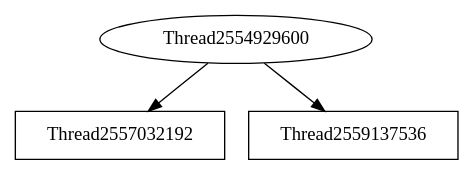
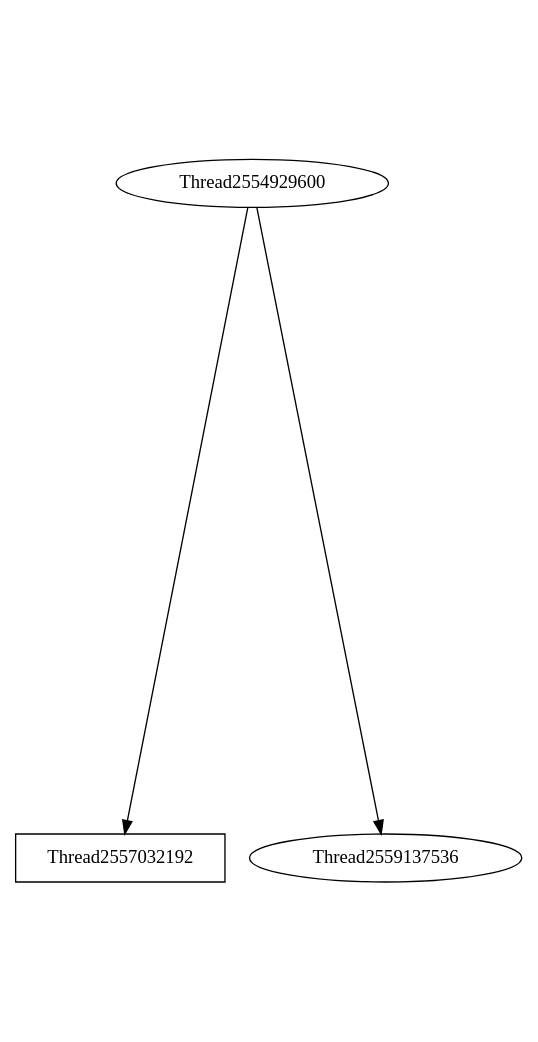
The diagram in view/dot/graph059.dot (v4o6/cs410), drawn with Graphviz before and after one commit. The commit also changed 202 other files, not shown here.

```diff
--- a/view/dot/graph059.dot
+++ b/view/dot/graph059.dot
@@ -1,7 +1,6 @@
 digraph G {
-graph[center=true];
+graph[center=true, ratio=2];
 Thread2554929600 -> Thread2557032192 [arrowhead=normal];
 Thread2554929600 -> Thread2559137536 [arrowhead=normal];
 Thread2557032192 [shape=box,color=black];
-Thread2559137536 [shape=box,color=black];
 }
```
